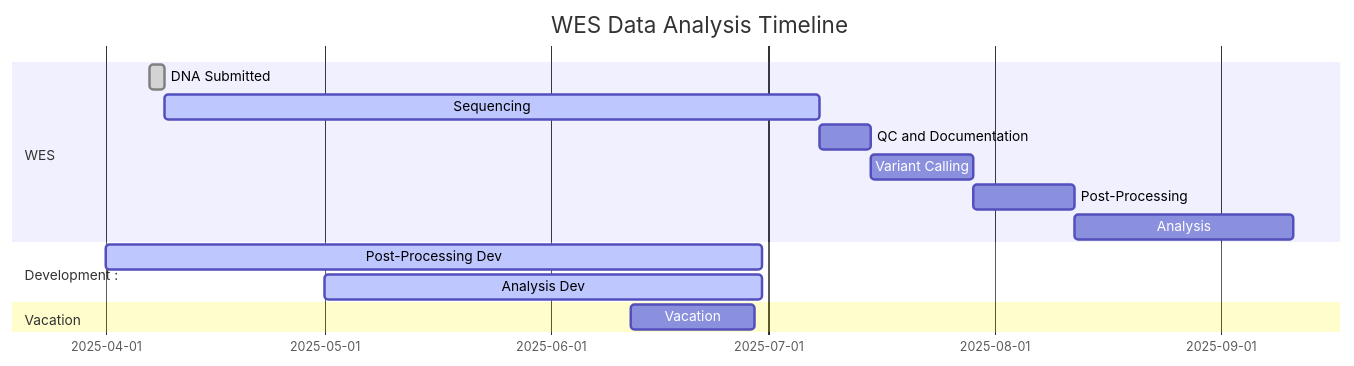
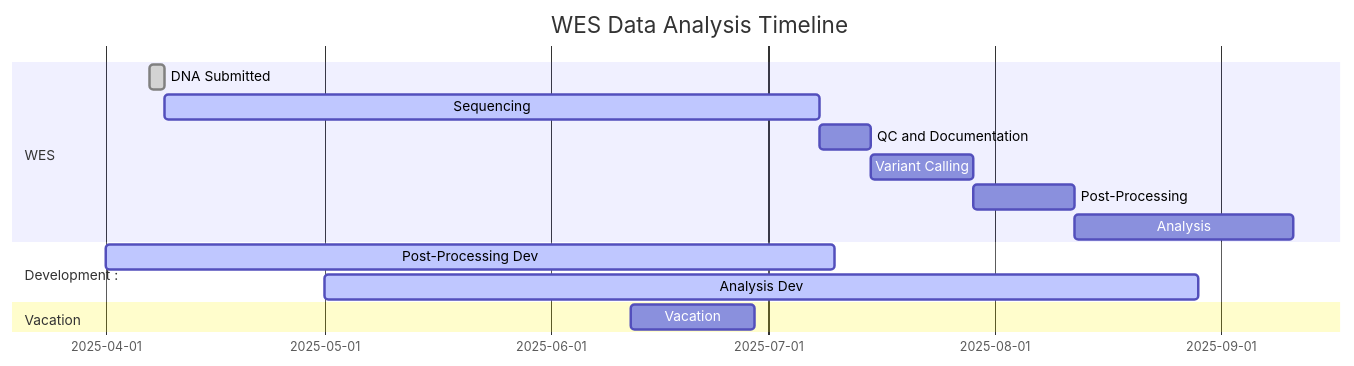
Before and after one commit to delpropo/WES_Analysis_11340_9740: the first of 2 diagrams in README.md, drawn with Mermaid.

Commit message:
update gantt

````diff
--- a/README.md
+++ b/README.md
@@ -16,18 +16,18 @@
 ```mermaid
 gantt
     title WES Data Analysis Timeline
     dateFormat YYYY-MM-DD
     section WES
         DNA Submitted          :done,   wes1, 2025-04-07, 2d
         Sequencing             :active, wes2, after wes1, 90d
         QC and Documentation   :        wes3, after wes2, 7d
         Variant Calling        :        analysis1, after wes3, 14d
         Post-Processing        :        analysis2, after analysis1, 14d
         Analysis               :        analysis3, after analysis2, 30d
     section Development        :
-        Post-Processing Dev    :active, dev1, 2025-04-01, 90d
-        Analysis Dev           :active, dev2, 2025-05-01, 60d
+        Post-Processing Dev    :active, dev1, 2025-04-01, 100d
+        Analysis Dev           :active, dev2, 2025-05-01, 120d
     section Vacation
         Vacation               :        vac1, 2025-06-12, 17d
 
 ```
````
